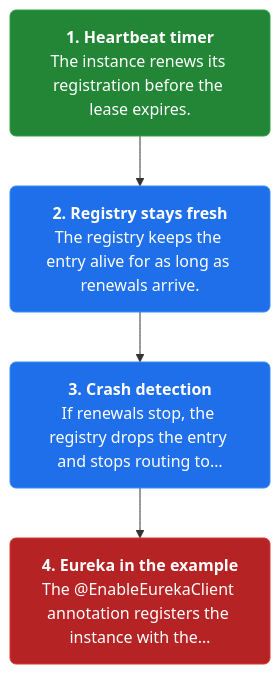
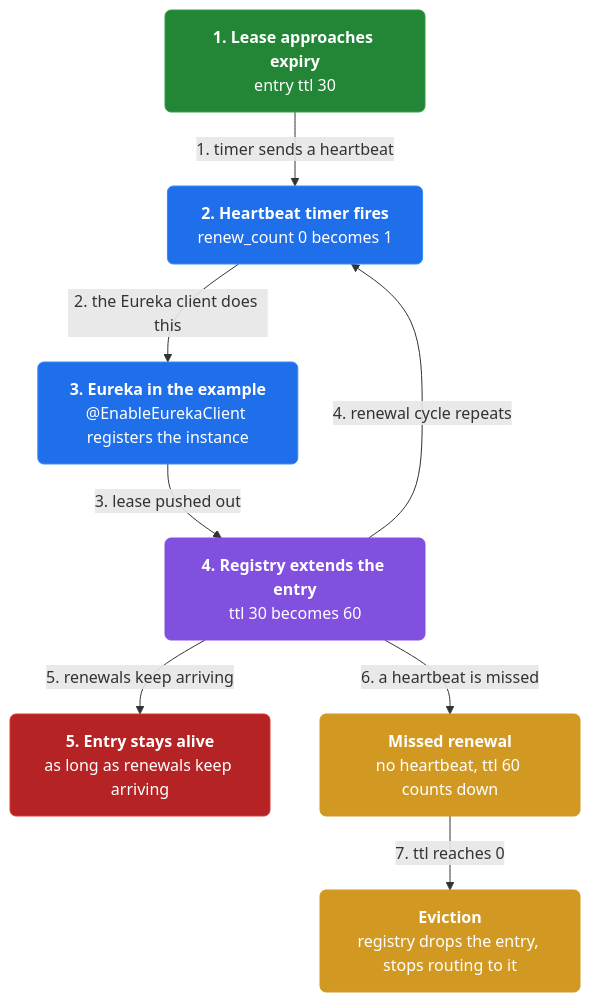
Before and after one commit to vinayakuber/microservices-io-study-guide: the second of 3 diagrams in docs/ch10-self-registration.md, drawn with Mermaid. The commit also changed other lines of this file and 46 other files, not shown here.

First line of the commit message:
Author rich branching flow diagrams for all 44 chapters

````diff
--- a/docs/ch10-self-registration.md
+++ b/docs/ch10-self-registration.md
@@ -54,13 +65,22 @@
 ```mermaid
 flowchart TD
-  classDef step fill:#1f6feb,color:#ffffff,stroke:#388bfd,stroke-width:1px,rx:6
+  classDef step fill:#1f6feb,color:#ffffff,stroke:#388bfd,rx:6
+  classDef core fill:#8250df,color:#ffffff,stroke:#8250df,rx:6
+  classDef warn fill:#d29922,color:#ffffff,stroke:#d29922,rx:6
   classDef start fill:#238636,color:#ffffff,stroke:#2ea043,rx:6
   classDef stop fill:#b62324,color:#ffffff,stroke:#da3633,rx:6
-  s1n0["<b>1. Heartbeat timer</b><br/>The instance renews its registration before the lease expires."]:::start
-  s1n1["<b>2. Registry stays fresh</b><br/>The registry keeps the entry alive for as long as renewals arrive."]:::step
-  s1n2["<b>3. Crash detection</b><br/>If renewals stop, the registry drops the entry and stops routing to…"]:::step
-  s1n3["<b>4. Eureka in the example</b><br/>The @EnableEurekaClient annotation registers the instance with the…"]:::stop
-  s1n0 --> s1n1
-  s1n1 --> s1n2
-  s1n2 --> s1n3
+  n0["<b>1. Lease approaches expiry</b><br/>entry ttl 30"]:::start
+  n1["<b>2. Heartbeat timer fires</b><br/>renew_count 0 becomes 1"]:::step
+  n2["<b>3. Eureka in the example</b><br/>@EnableEurekaClient registers the instance"]:::step
+  n3["<b>4. Registry extends the entry</b><br/>ttl 30 becomes 60"]:::core
+  n4["<b>5. Entry stays alive</b><br/>as long as renewals keep arriving"]:::stop
+  n5["<b>Missed renewal</b><br/>no heartbeat, ttl 60 counts down"]:::warn
+  n6["<b>Eviction</b><br/>registry drops the entry, stops routing to it"]:::warn
+  n0 -->|"1. timer sends a heartbeat"| n1
+  n1 -->|"2. the Eureka client does this"| n2
+  n2 -->|"3. lease pushed out"| n3
+  n3 -->|"4. renewal cycle repeats"| n1
+  n3 -->|"5. renewals keep arriving"| n4
+  n3 -->|"6. a heartbeat is missed"| n5
+  n5 -->|"7. ttl reaches 0"| n6
 ```
````
